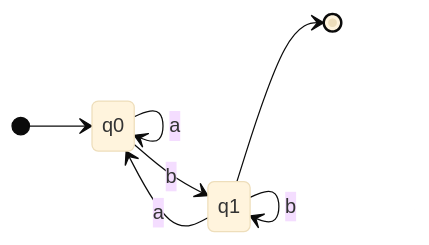
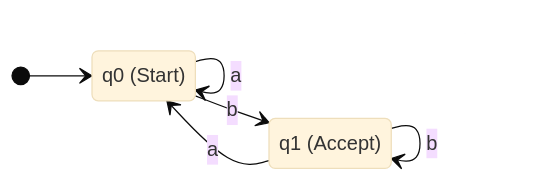
The diagram in docs/05-finite-state-automata/dfa.md (Raunak4518/nlp), drawn with Mermaid (base theme) before and after one commit. The commit also changed other lines of this file and 35 other files, not shown here.

````diff
--- a/docs/05-finite-state-automata/dfa.md
+++ b/docs/05-finite-state-automata/dfa.md
@@ -34,10 +41,13 @@
 ```mermaid
 stateDiagram-v2
     direction LR
+    
+    state "q0 (Start)" as q0
+    state "q1 (Accept)" as q1
+    
     [*] --> q0
     q0 --> q0 : a
     q0 --> q1 : b
     q1 --> q0 : a
     q1 --> q1 : b
-    q1 --> [*]
 ```
````
